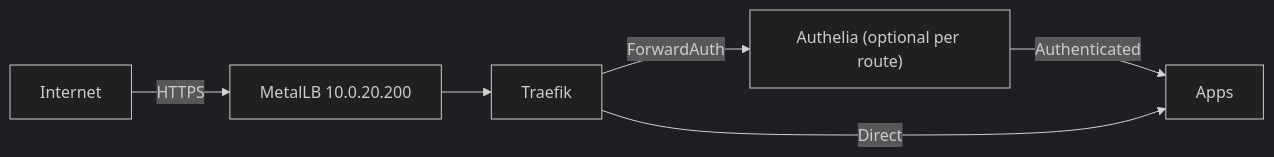
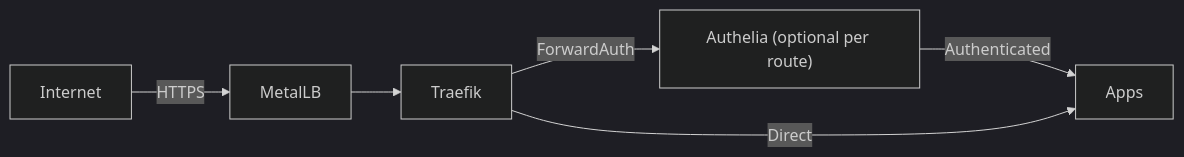
One commit to dwoitzik/homelab-infrastructure changed the diagram in docs/k3s-architecture.md. Above: the diagram before and after it, drawn with Mermaid (dark theme). The commit also changed other lines of this file and 36 other files, not shown here.

````diff
--- a/docs/k3s-architecture.md
+++ b/docs/k3s-architecture.md
@@ -68,8 +68,8 @@
 ```mermaid
 graph LR
-    Internet -->|HTTPS| MetalLB["MetalLB 10.0.20.200"]
+    Internet -->|HTTPS| MetalLB["MetalLB"]
     MetalLB --> Traefik["Traefik"]
     Traefik -->|ForwardAuth| Authelia["Authelia (optional per route)"]
     Authelia -->|Authenticated| Apps["Apps"]
     Traefik -->|Direct| Apps
 ```
````
